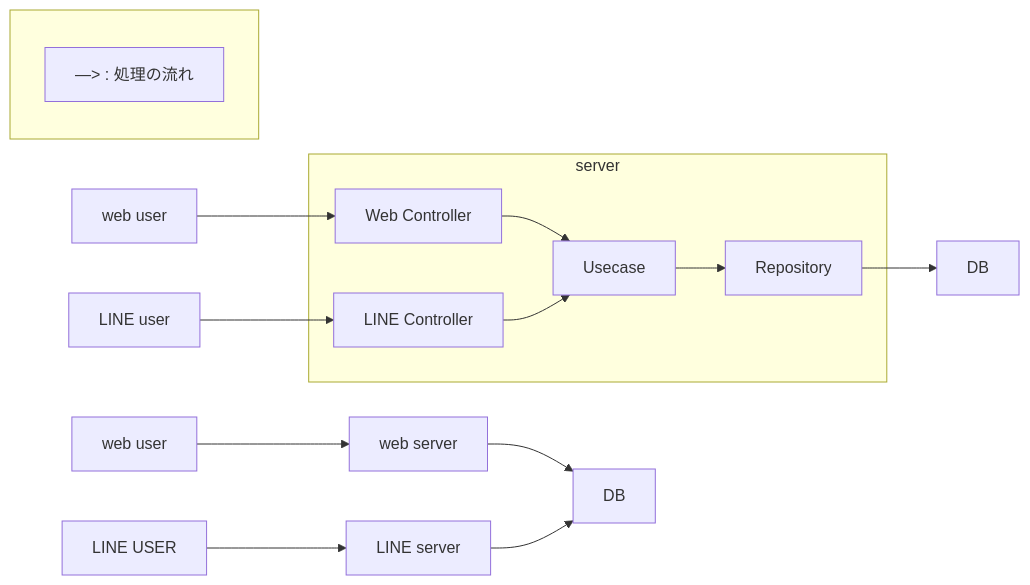
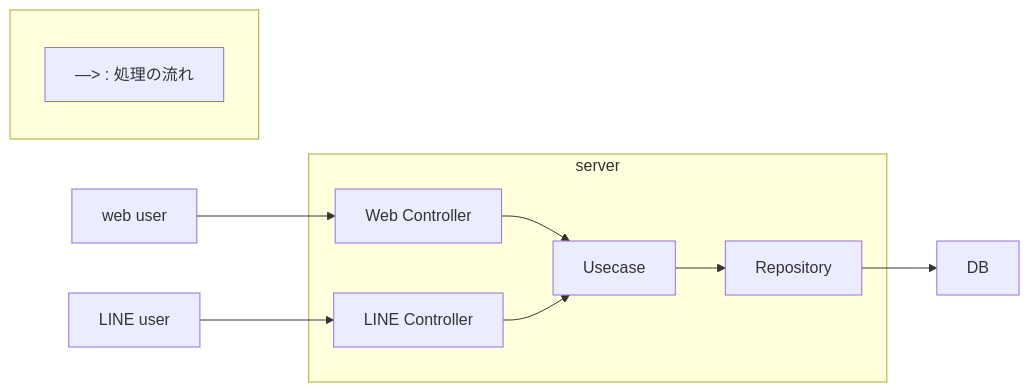
The diagram in README.md (sirasu21/Logbook), drawn with Mermaid before and after one commit.

Commit message:
変更

````diff
--- a/README.md
+++ b/README.md
@@ -122,21 +122,16 @@
 ```mermaid
 flowchart LR
-    WUD[web user] --> WSD[web server]
-    WSD --> DBD[DB]
-    LUD[LINE USER] --> LSD[LINE server]
-    LSD --> DBD
-
     subgraph server["server"]
       WCtrl[Web Controller] --> UC[Usecase]
       LCtrl[LINE Controller] --> UC
       UC --> RP[Repository]
     end
 
     RP --> DB[DB]
     WUS[web user] --> WCtrl
     LUS[LINE user] --> LCtrl
 
     subgraph Legend[" "]
         L1["—> : 処理の流れ"]
     end
 ```
````
